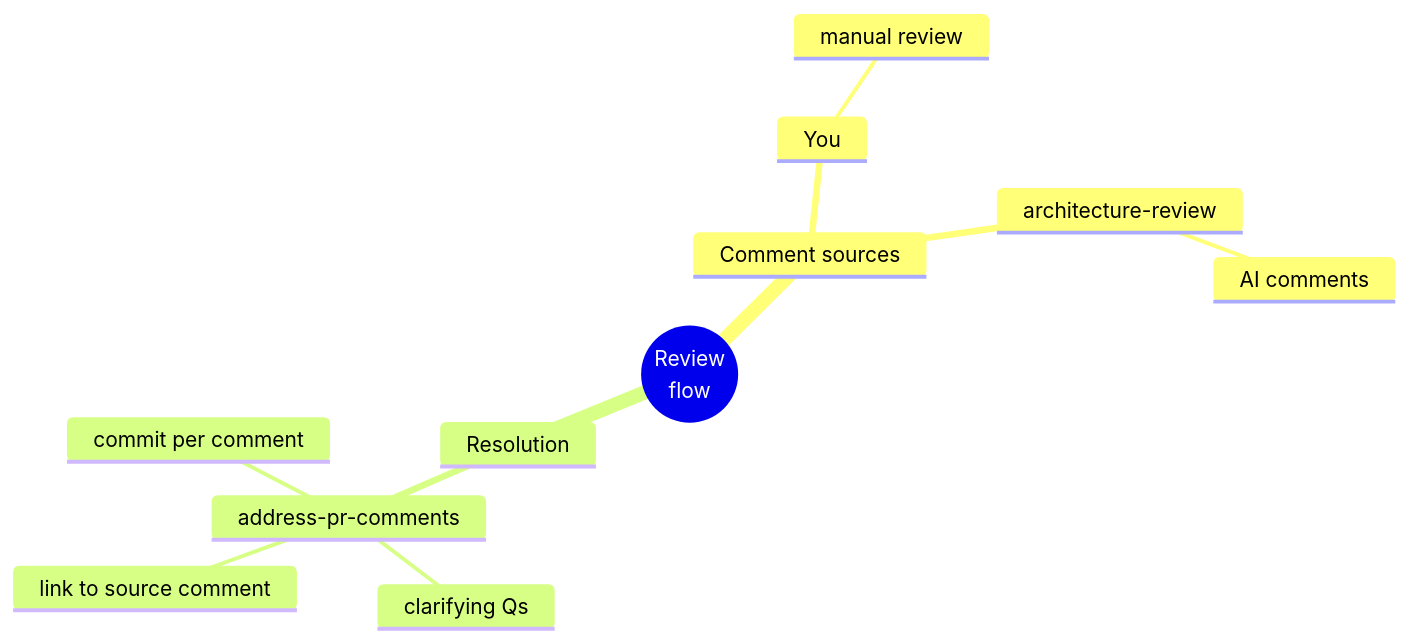
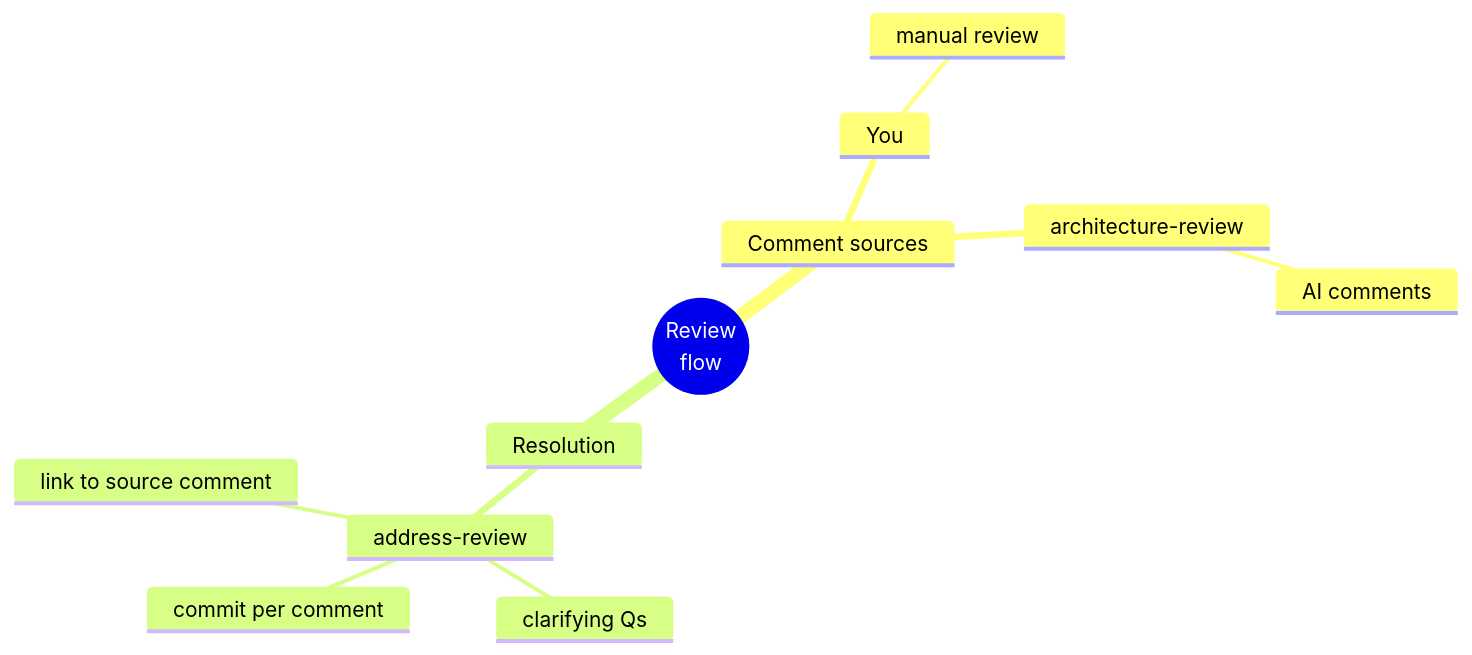
Before and after one commit to mohasarc/mo-skills: diagram 17 of 22 in README.md, drawn with Mermaid. The commit also changed other lines of this file and 4 other files, not shown here.

Commit message:
add address-review, architecture-review, and grill-me skills

````diff
--- a/README.md
+++ b/README.md
@@ -384,14 +384,14 @@
 ```mermaid
 mindmap
   root((Review<br/>flow))
     Comment sources
       You
         manual review
       architecture-review
         AI comments
     Resolution
-      address-pr-comments
+      address-review
         clarifying Qs
         commit per comment
         link to source comment
 ```
````
